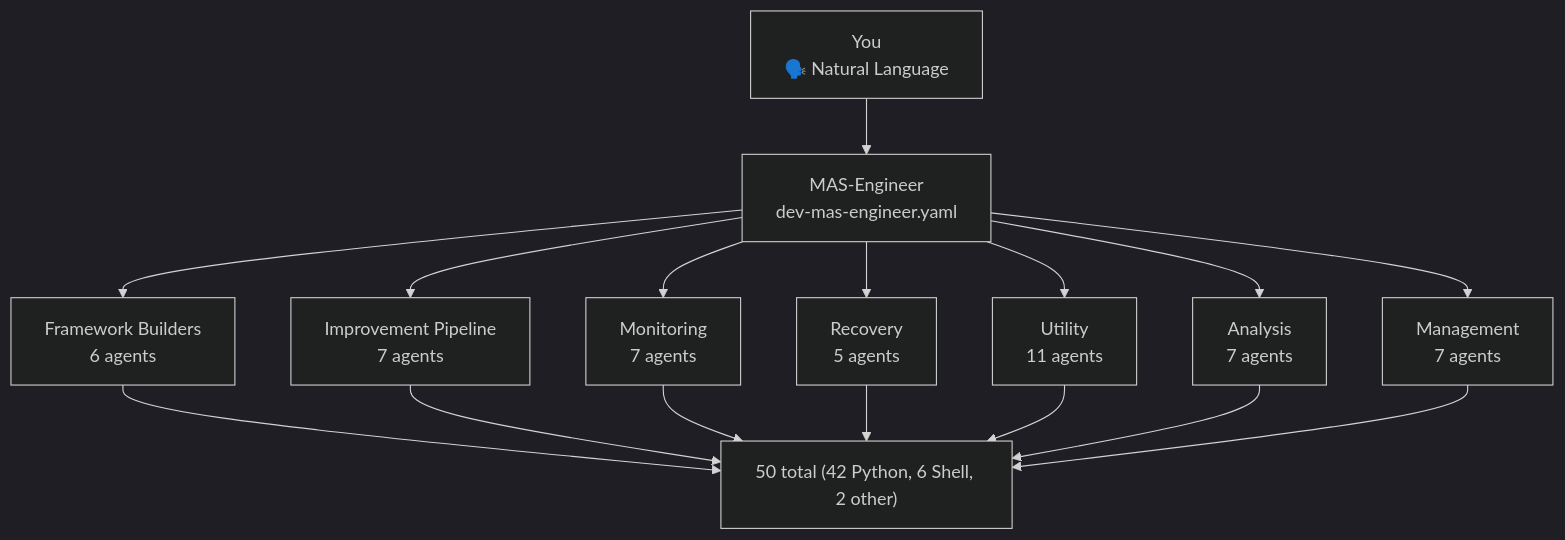
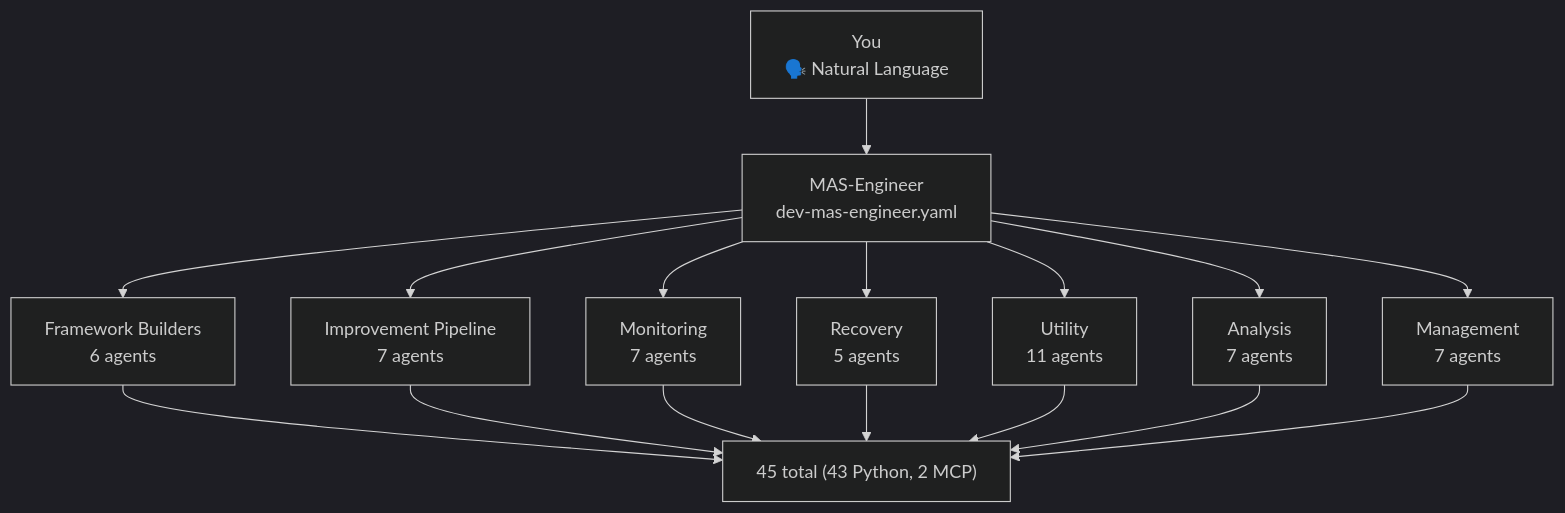
The second of 6 diagrams in README.md (mczardybon/mas-engineer), drawn with Mermaid (dark theme) before and after one commit. The commit also changed other lines of this file and 33 other files, not shown here.

````diff
--- a/README.md
+++ b/README.md
@@ -252,12 +252,12 @@
 ```mermaid
 flowchart TD
     YOU["You\n🗣️ Natural Language"] --> ENGINEER["MAS-Engineer\ndev-mas-engineer.yaml"]
     ENGINEER --> FB["Framework Builders\n6 agents"]
     ENGINEER --> IP["Improvement Pipeline\n7 agents"]
     ENGINEER --> MON["Monitoring\n7 agents"]
     ENGINEER --> REC["Recovery\n5 agents"]
     ENGINEER --> UT["Utility\n11 agents"]
     ENGINEER --> AN["Analysis\n7 agents"]
     ENGINEER --> MG["Management\n7 agents"]
-    FB & IP & MON & REC & UT & AN & MG --> TOOLS["50 total (42 Python, 6 Shell, 2 other)"]
+    FB & IP & MON & REC & UT & AN & MG --> TOOLS["45 total (43 Python, 2 MCP)"]
 ```
````
